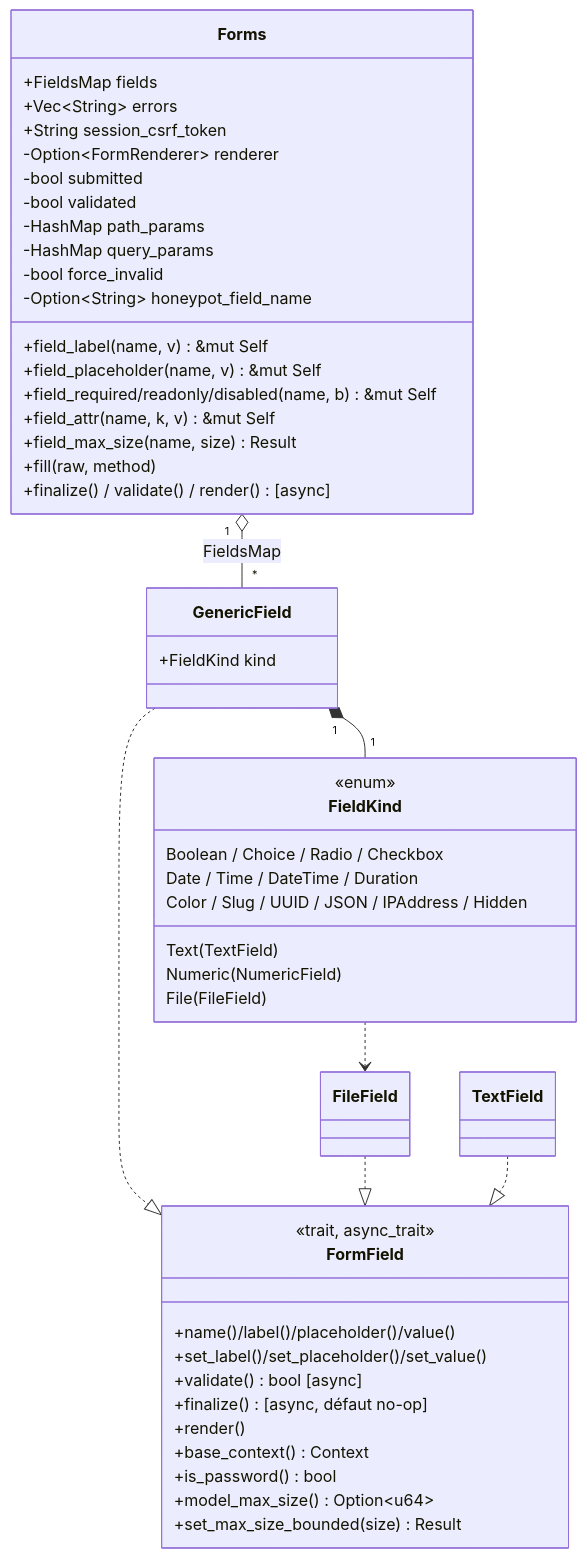
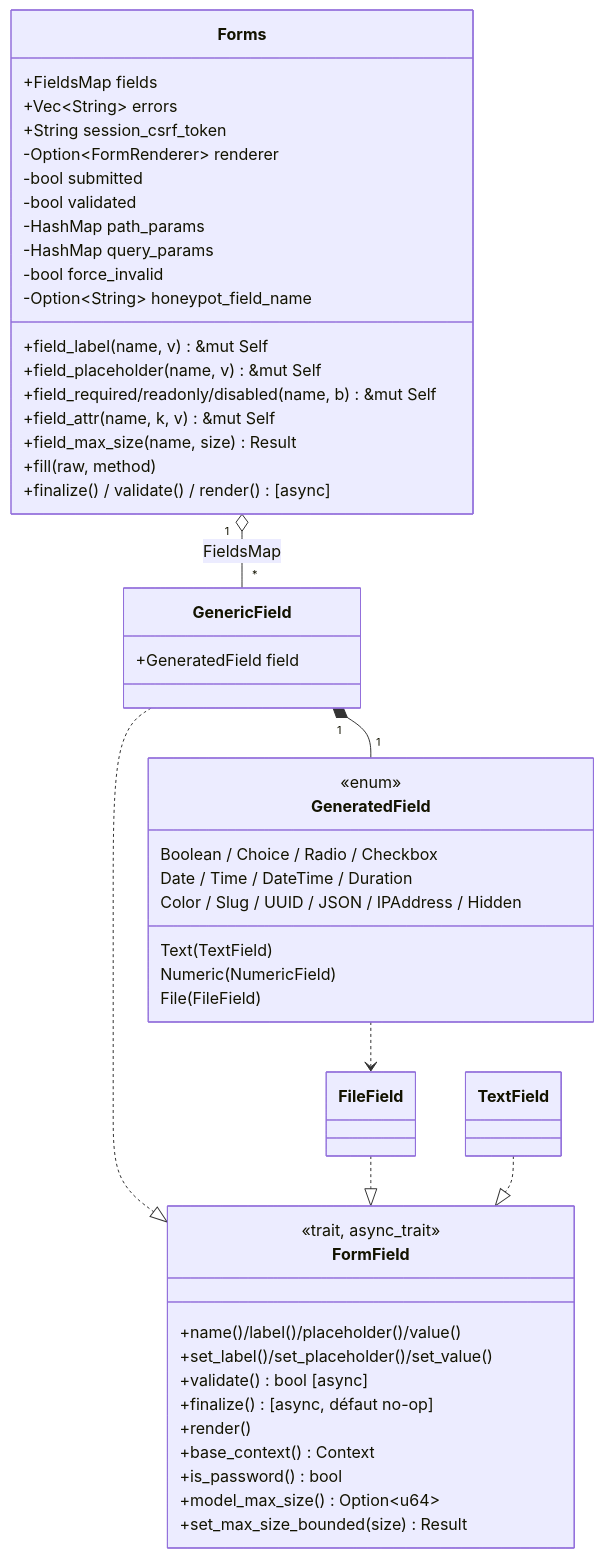
Before and after one commit to seb-alliot/runique: the first of 2 diagrams in diagramme/uml/forms/formulaires.md, drawn with Mermaid. The commit also changed 34 other files, not shown here.

````diff
--- a/diagramme/uml/forms/formulaires.md
+++ b/diagramme/uml/forms/formulaires.md
@@ -8,52 +8,52 @@
 ```mermaid
 classDiagram
     class Forms {
         +FieldsMap fields
         +Vec~String~ errors
         +String session_csrf_token
         -Option~FormRenderer~ renderer
         -bool submitted
         -bool validated
         -HashMap path_params
         -HashMap query_params
         -bool force_invalid
         -Option~String~ honeypot_field_name
         +field_label(name, v) &mut Self
         +field_placeholder(name, v) &mut Self
         +field_required/readonly/disabled(name, b) &mut Self
         +field_attr(name, k, v) &mut Self
         +field_max_size(name, size) Result
         +fill(raw, method)
         +finalize() / validate() / render() [async]
     }
     class FormField {
         <<trait, async_trait>>
         +name()/label()/placeholder()/value()
         +set_label()/set_placeholder()/set_value()
         +validate() bool [async]
         +finalize() [async, défaut no-op]
         +render()
         +base_context() Context
         +is_password() bool
         +model_max_size() Option~u64~
         +set_max_size_bounded(size) Result
     }
     class GenericField {
-        +FieldKind kind
+        +GeneratedField field
     }
-    class FieldKind {
+    class GeneratedField {
         <<enum>>
         Text(TextField)
         Numeric(NumericField)
         File(FileField)
         Boolean / Choice / Radio / Checkbox
         Date / Time / DateTime / Duration
         Color / Slug / UUID / JSON / IPAddress / Hidden
     }
     Forms "1" o-- "*" GenericField : FieldsMap
-    GenericField "1" *-- "1" FieldKind
+    GenericField "1" *-- "1" GeneratedField
     GenericField ..|> FormField
-    FieldKind ..> FileField
+    GeneratedField ..> FileField
     FileField ..|> FormField
     TextField ..|> FormField
 ```
````
